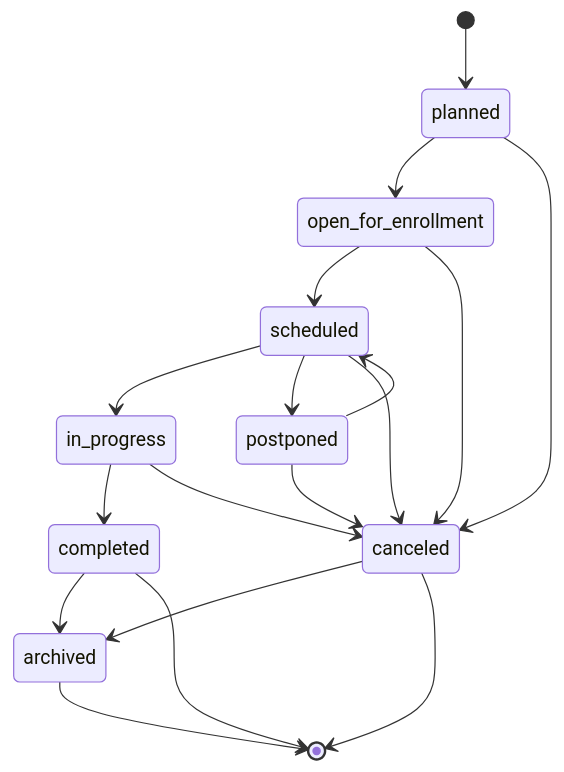
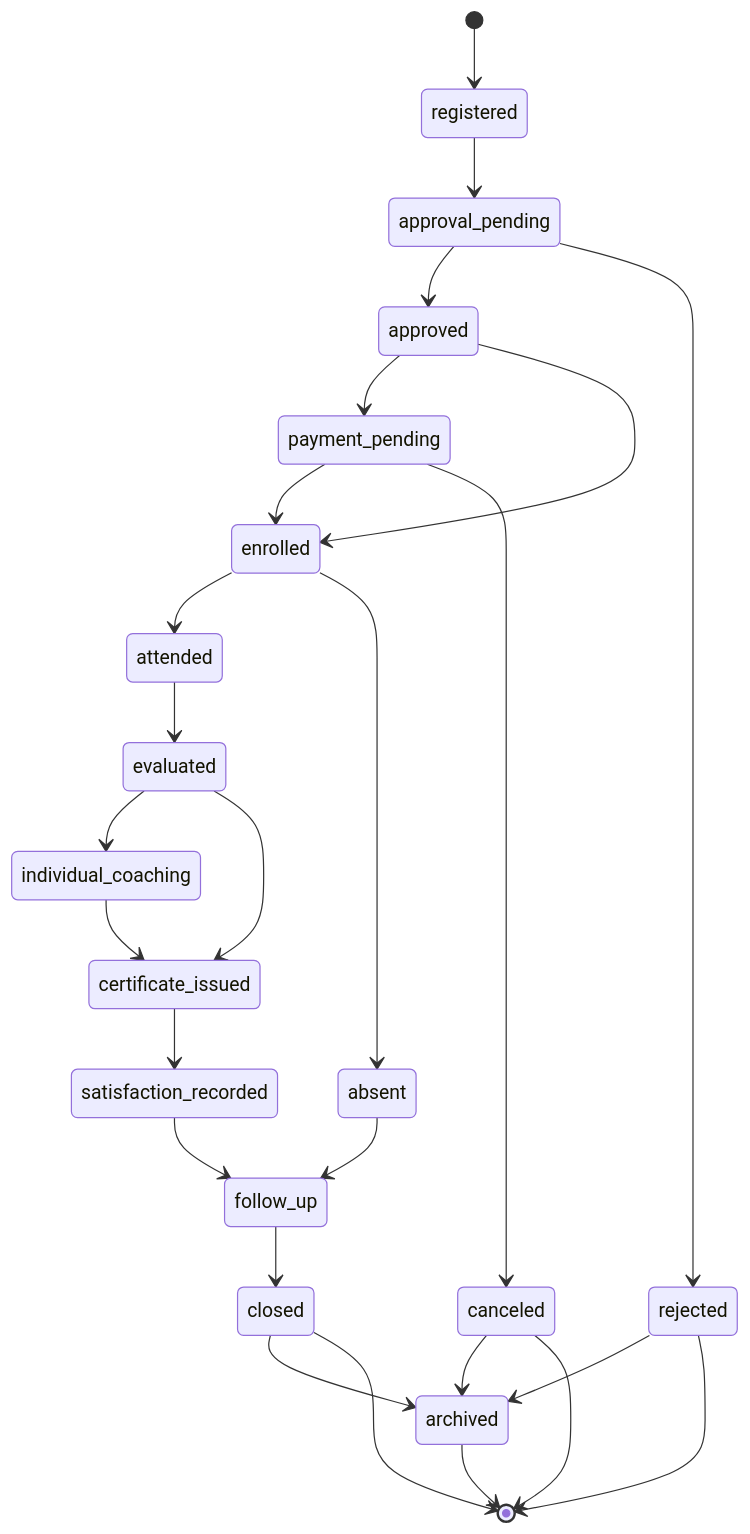
The fourth of 4 diagrams in docs/workflows.md (cyberdr1ft3r/hire-me-platform), drawn with Mermaid before and after one commit. The commit also changed other lines of this file and 4 other files, not shown here.

Commit message:
docs: address product architecture review

````diff
--- a/docs/workflows.md
+++ b/docs/workflows.md
@@ -189,20 +275,28 @@
 ```mermaid
 stateDiagram-v2
-    [*] --> planned
-    planned --> open_for_enrollment
-    planned --> canceled
-    open_for_enrollment --> scheduled
-    open_for_enrollment --> canceled
-    scheduled --> in_progress
-    scheduled --> postponed
-    scheduled --> canceled
-    postponed --> scheduled
-    postponed --> canceled
-    in_progress --> completed
-    in_progress --> canceled
-    completed --> archived
+    [*] --> registered
+    registered --> approval_pending
+    approval_pending --> approved
+    approval_pending --> rejected
+    approved --> payment_pending
+    approved --> enrolled
+    payment_pending --> enrolled
+    payment_pending --> canceled
+    enrolled --> attended
+    enrolled --> absent
+    attended --> evaluated
+    evaluated --> individual_coaching
+    evaluated --> certificate_issued
+    individual_coaching --> certificate_issued
+    certificate_issued --> satisfaction_recorded
+    satisfaction_recorded --> follow_up
+    follow_up --> closed
+    absent --> follow_up
+    rejected --> archived
     canceled --> archived
-    completed --> [*]
+    closed --> archived
+    rejected --> [*]
     canceled --> [*]
+    closed --> [*]
     archived --> [*]
 ```
````
